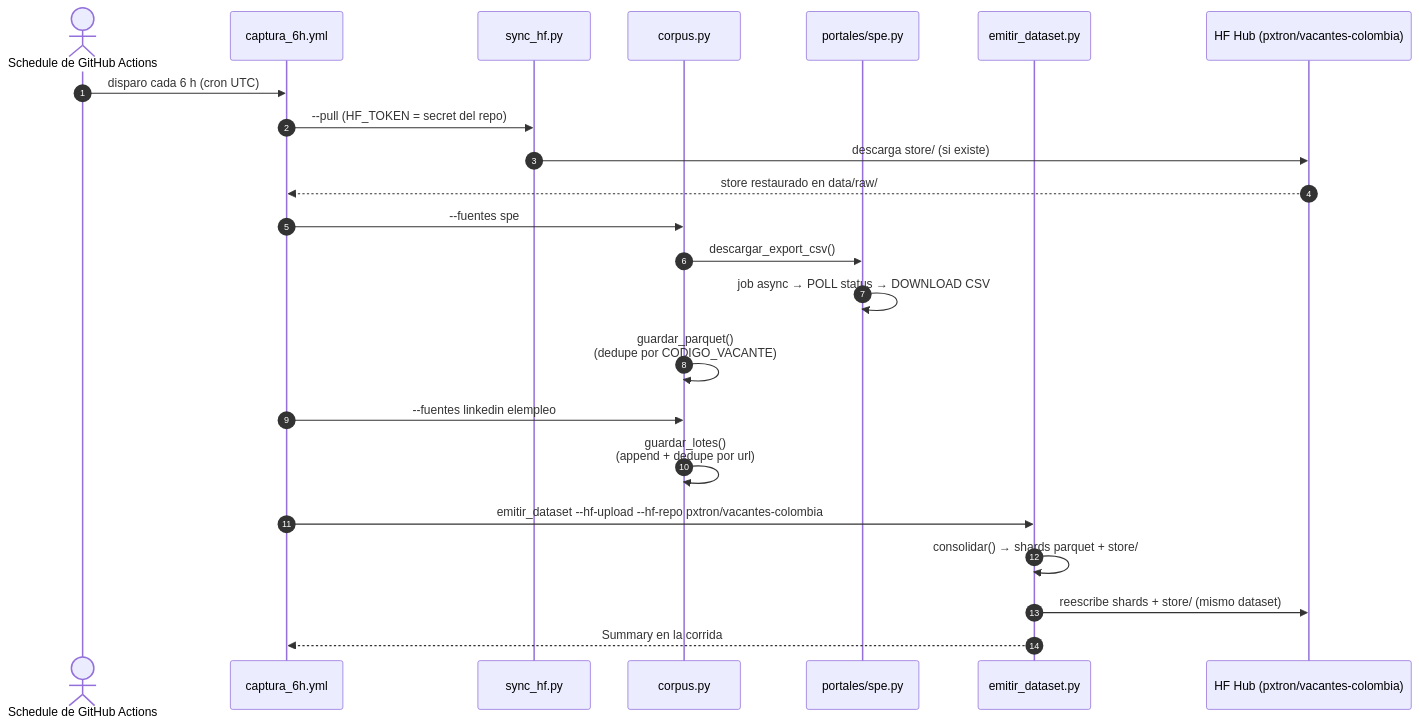
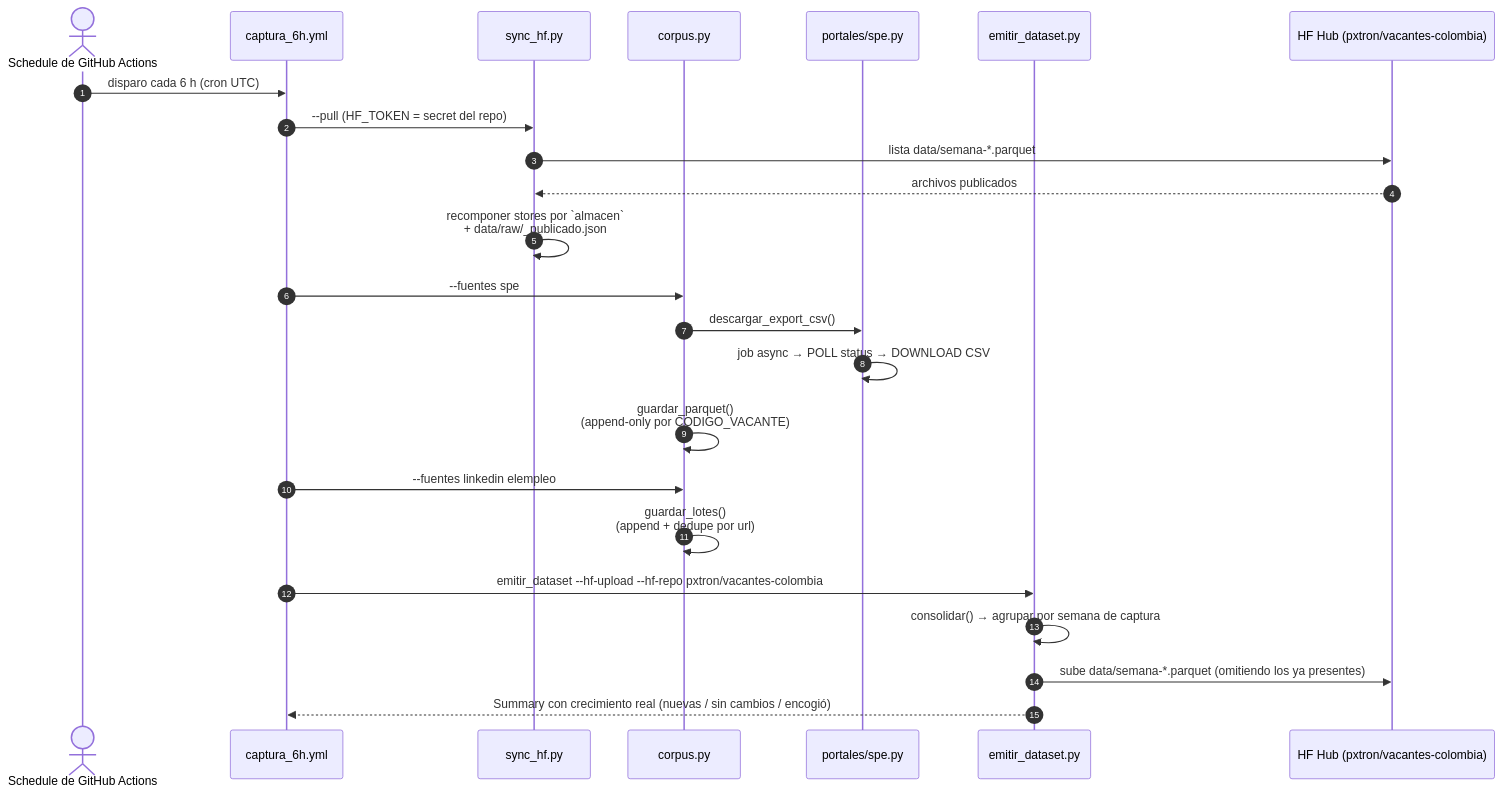
Before and after one commit to shalom-A26/SEXTANTE: the third of 3 diagrams in README.md, drawn with Mermaid. The commit also changed other lines of this file and 9 other files, not shown here.

First line of the commit message:
docs: alinea documentación y notebooks con el dataset semanal

````diff
--- a/README.md
+++ b/README.md
@@ -109,26 +114,27 @@
 ```mermaid
 sequenceDiagram
     autonumber
     actor Sched as Schedule de GitHub Actions
     participant wf as captura_6h.yml
     participant sy as sync_hf.py
     participant cp as corpus.py
     participant sp as portales/spe.py
     participant em as emitir_dataset.py
     participant hub as HF Hub (pxtron/vacantes-colombia)
 
     Sched->>wf: disparo cada 6 h (cron UTC)
     wf->>sy: --pull (HF_TOKEN = secret del repo)
-    sy->>hub: descarga store/ (si existe)
-    hub-->>wf: store restaurado en data/raw/
+    sy->>hub: lista data/semana-*.parquet
+    hub-->>sy: archivos publicados
+    sy->>sy: recomponer stores por `almacen`<br/>+ data/raw/_publicado.json
     wf->>cp: --fuentes spe
     cp->>sp: descargar_export_csv()
     sp->>sp: job async → POLL status → DOWNLOAD CSV
-    cp->>cp: guardar_parquet()<br/>(dedupe por CODIGO_VACANTE)
+    cp->>cp: guardar_parquet()<br/>(append-only por CODIGO_VACANTE)
     wf->>cp: --fuentes linkedin elempleo
     cp->>cp: guardar_lotes()<br/>(append + dedupe por url)
     wf->>em: emitir_dataset --hf-upload --hf-repo pxtron/vacantes-colombia
-    em->>em: consolidar() → shards parquet + store/
-    em->>hub: reescribe shards + store/ (mismo dataset)
-    em-->>wf: Summary en la corrida
+    em->>em: consolidar() → agrupar por semana de captura
+    em->>hub: sube data/semana-*.parquet (omitiendo los ya presentes)
+    em-->>wf: Summary con crecimiento real (nuevas / sin cambios / encogió)
 ```
````
